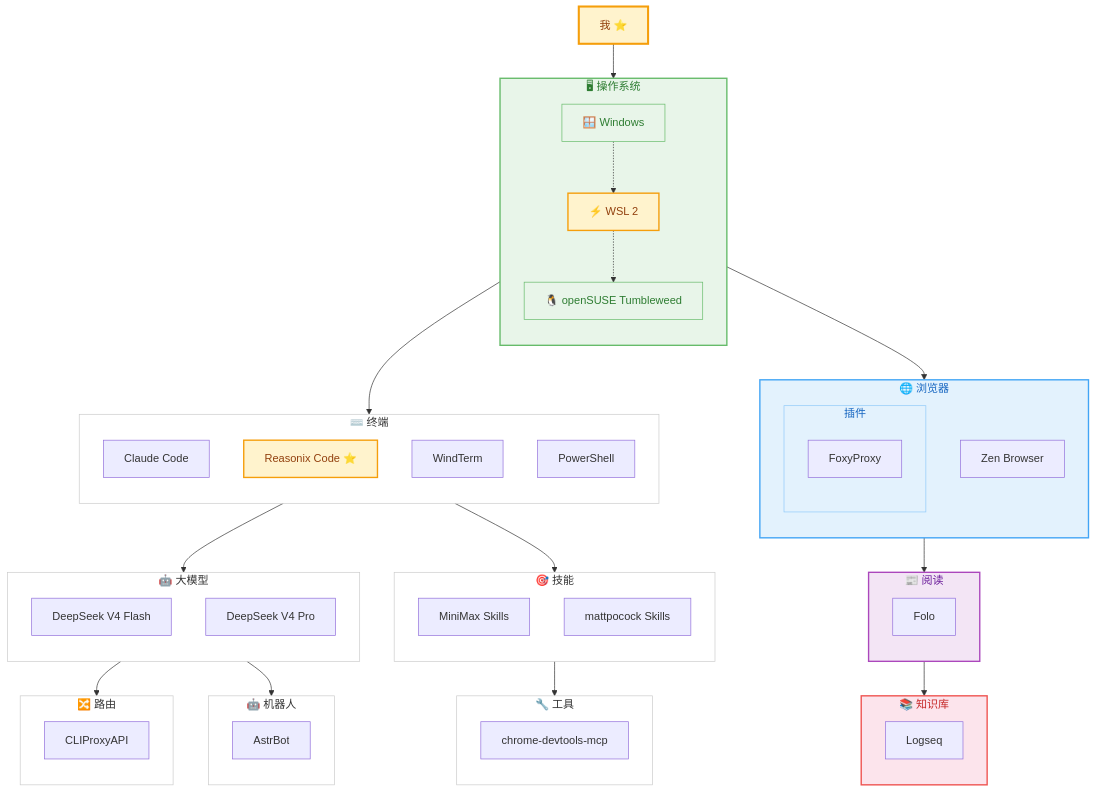
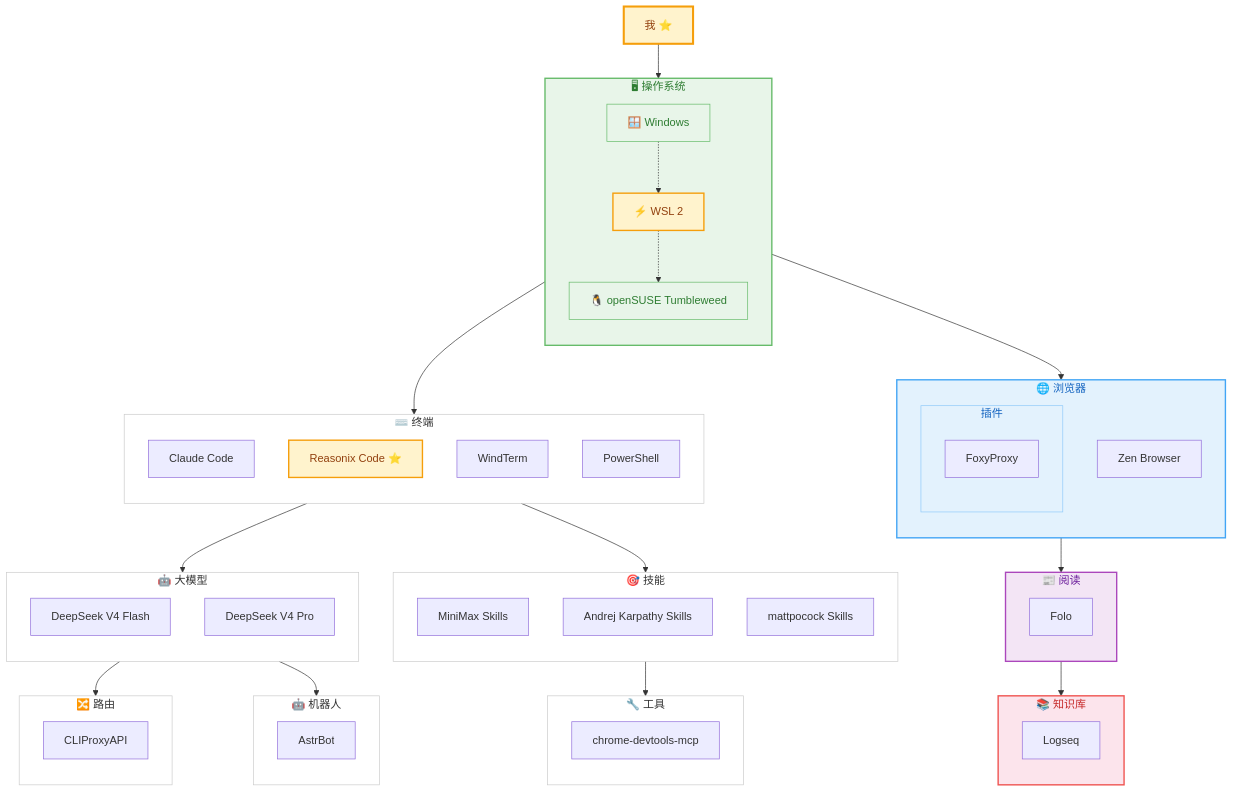
The diagram in README.md (yuanxin518/ai-path), drawn with Mermaid before and after one commit. The commit also changed other lines of this file and 2 other files, not shown here.

Commit message:
feat(skills): 新增 Andrej Karpathy Skills

```diff
--- a/README.md
+++ b/README.md
@@ -64,6 +64,7 @@
     subgraph N04["🎯 技能"]
         direction TB
         MSK["MiniMax Skills"]
+        AKS["Andrej Karpathy Skills"]
         PSK["mattpocock Skills"]
     end
     style N04 fill:#ffffff,stroke:#cccccc,stroke-width:1px,color:#333333
```
